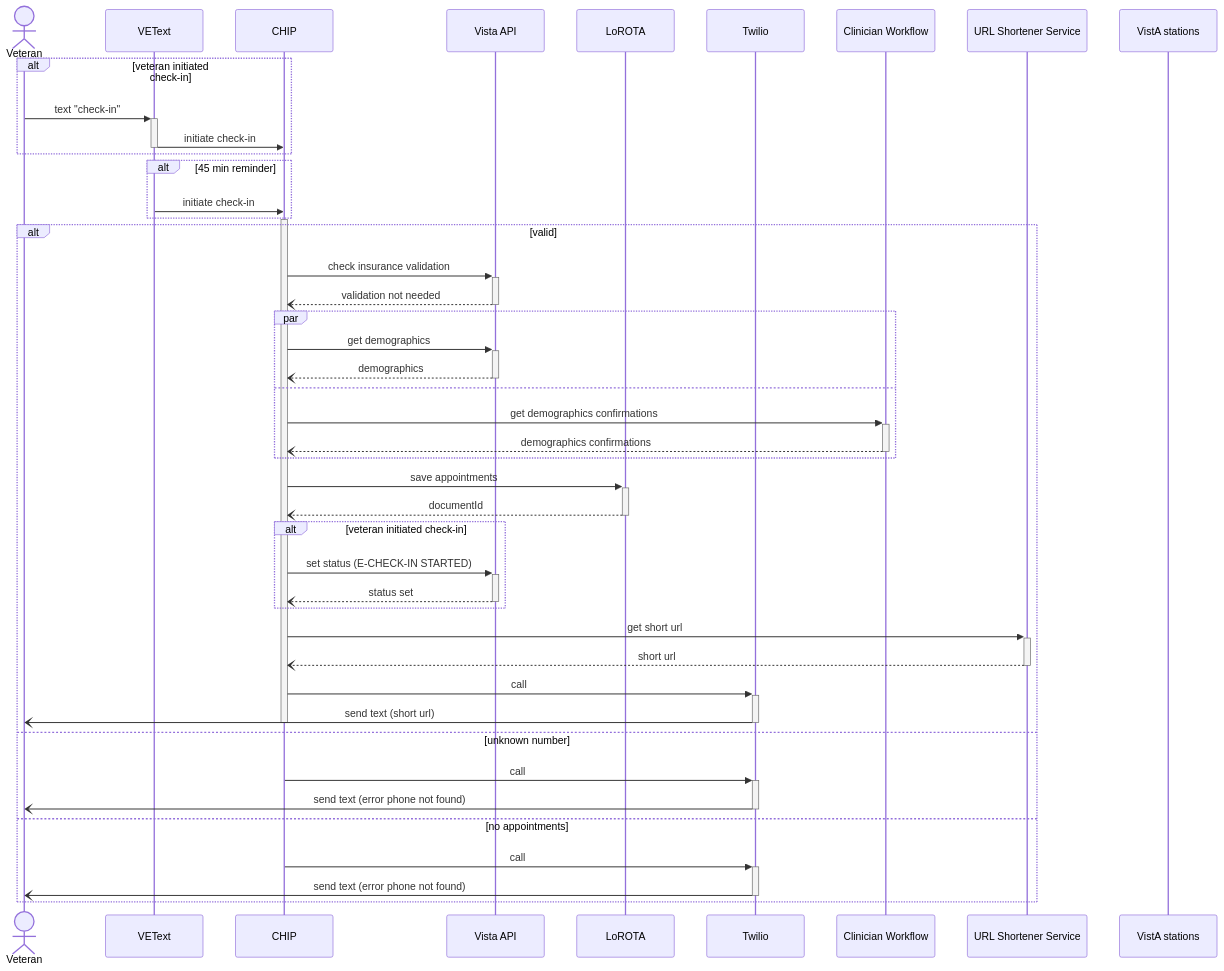
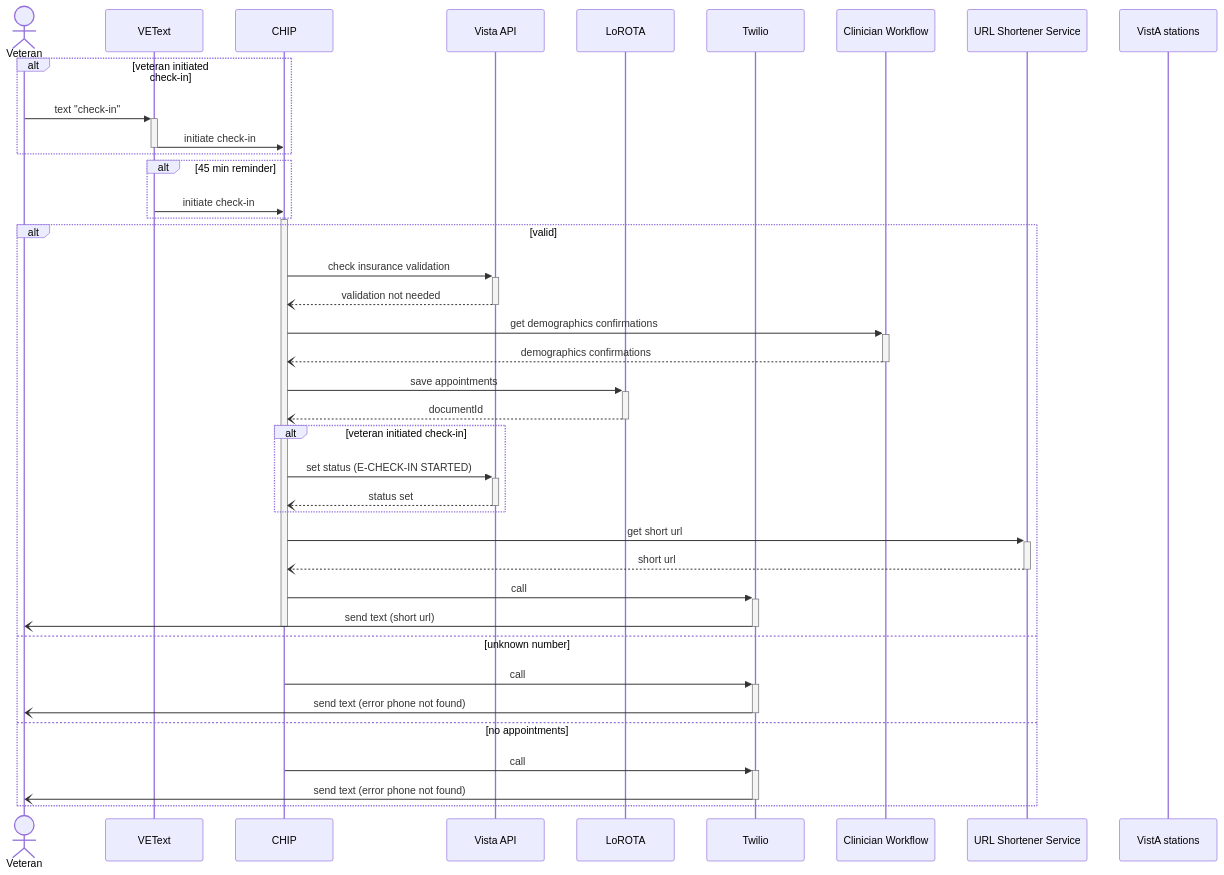
Before and after one commit to department-of-veterans-affairs/va.gov-team: the first of 4 diagrams in products/health-care/checkin/engineering/architecture-diagrams/sequenceDiagram_checkInExp.md, drawn with Mermaid.

````diff
--- a/products/health-care/checkin/engineering/architecture-diagrams/sequenceDiagram_checkInExp.md
+++ b/products/health-care/checkin/engineering/architecture-diagrams/sequenceDiagram_checkInExp.md
@@ -10,49 +10,44 @@
 ```mermaid
 sequenceDiagram
     actor vet as Veteran
     participant vt as VEText
     participant c as CHIP
     participant va as Vista API
     participant l as LoROTA
     participant t as Twilio
     participant cw as Clinician Workflow
     participant url as URL Shortener Service
     participant vas as VistA stations
 
     alt veteran initiated check-in
     vet->>+vt: text "check-in"
     vt->>-c: initiate check-in
     end
     alt 45 min reminder
     vt->>c: initiate check-in
     end
     activate c
     alt valid
       c->>+va: check insurance validation
       va--)-c: validation not needed
-      par
-        c->>+va: get demographics
-        va--)-c: demographics
-      and
-        c->>+cw: get demographics confirmations
-        cw--)-c: demographics confirmations
+      c->>+cw: get demographics confirmations
+      cw--)-c: demographics confirmations
+      c->>+l: save appointments
+      l--)-c: documentId
+      alt veteran initiated check-in
+        c->>+va: set status (E-CHECK-IN STARTED)
+        va--)-c: status set
       end
-        c->>+l: save appointments
-        l--)-c: documentId
-        alt veteran initiated check-in
-            c->>+va: set status (E-CHECK-IN STARTED)
-            va--)-c: status set
-        end
-        c->>+url: get short url
-        url--)-c: short url
-        c->>+t: call
-        t-)-vet: send text (short url)
-        deactivate c
+      c->>+url: get short url
+      url--)-c: short url
+      c->>+t: call
+      t-)-vet: send text (short url)
+      deactivate c
     else unknown number
-        c->>+t: call
-        t-)-vet: send text (error phone not found)
+      c->>+t: call
+      t-)-vet: send text (error phone not found)
     else no appointments
-        c->>+t: call
-        t-)-vet: send text (error phone not found)
+      c->>+t: call
+      t-)-vet: send text (error phone not found)
     end
 ```
````
